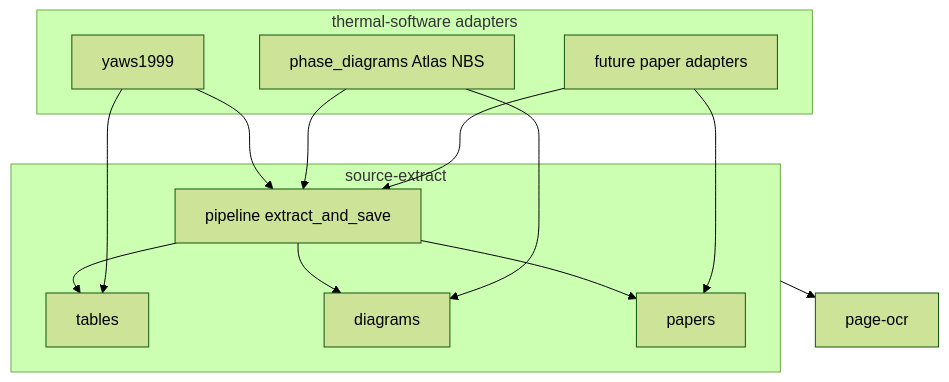
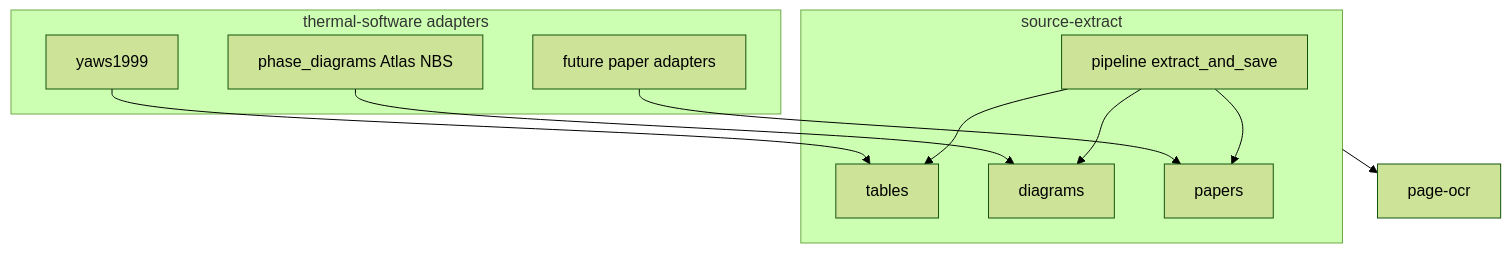
One commit to zakhovalkopavel/thermal-software changed the diagram in docs/SHARED_LIBRARIES_SUBMODULES.md. Above: the diagram before and after it, drawn with Mermaid (forest theme). The commit also changed other lines of this file and 148 other files, not shown here.

Commit message:
Remove source-extract shim leftovers and wire vendor into Python images. Import source_extract.diagrams directly, use vendor progress for Yaws, and bake vendor src into the Python container PYTHONPATH.

````diff
--- a/docs/SHARED_LIBRARIES_SUBMODULES.md
+++ b/docs/SHARED_LIBRARIES_SUBMODULES.md
@@ -14,25 +14,22 @@
 ```mermaid
 flowchart TB
   subgraph adapters [thermal-software adapters]
     Yaws[yaws1999]
     Atlas[phase_diagrams Atlas NBS]
     PapersAd[future paper adapters]
   end
   subgraph extract [source-extract]
     Pipeline[pipeline extract_and_save]
     Tables[tables]
     Diagrams[diagrams]
     Papers[papers]
     Pipeline --> Tables
     Pipeline --> Diagrams
     Pipeline --> Papers
   end
   OCR[page-ocr]
-  Yaws --> Pipeline
   Yaws --> Tables
-  Atlas --> Pipeline
   Atlas --> Diagrams
-  PapersAd --> Pipeline
   PapersAd --> Papers
   extract --> OCR
 ```
````
